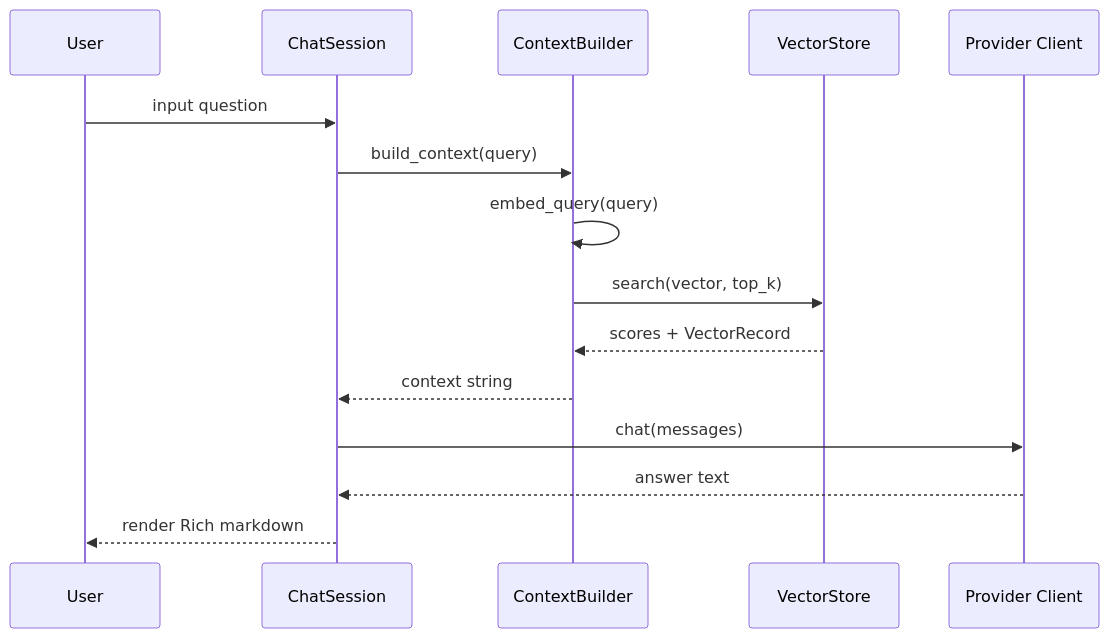
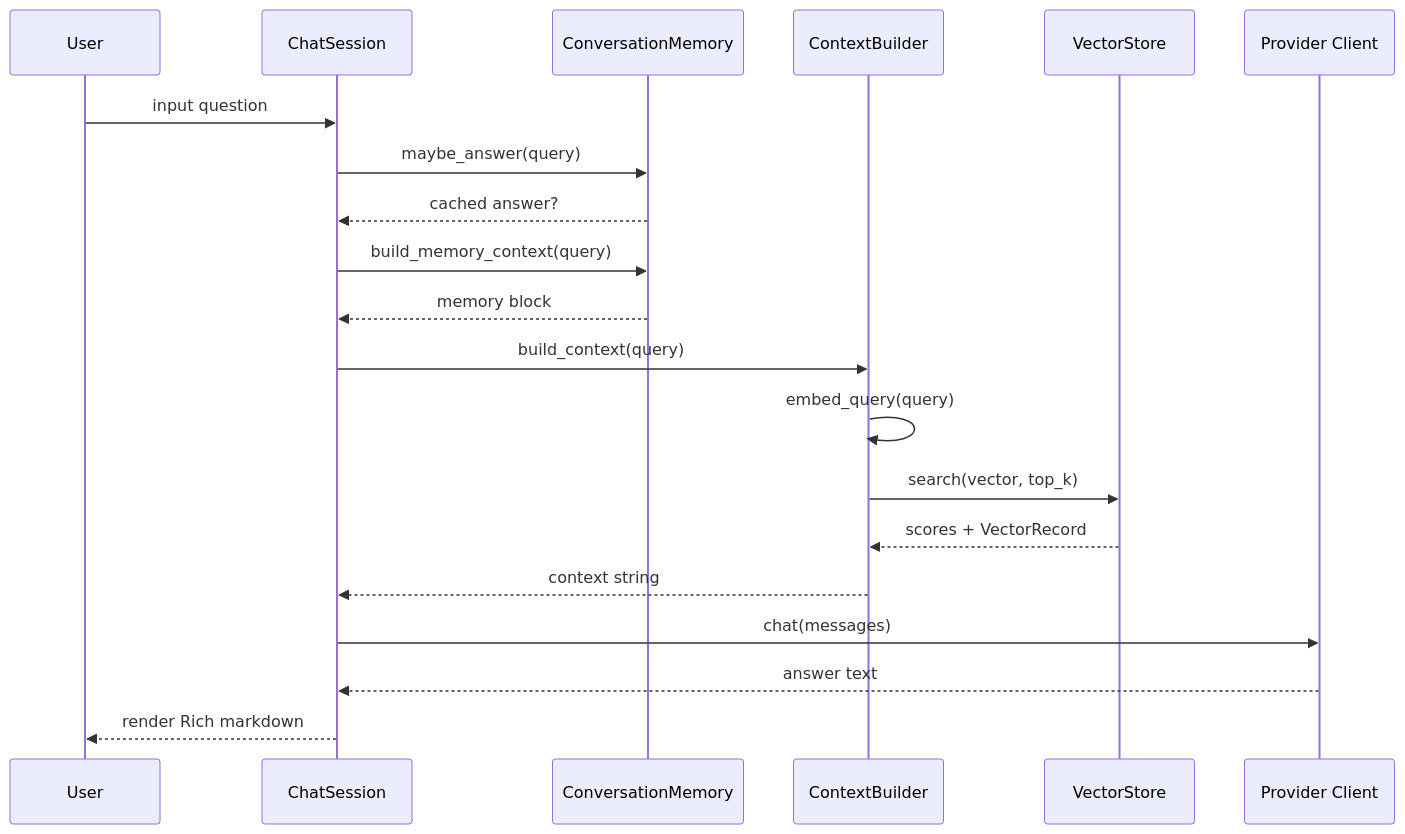
The fourth of 4 diagrams in docs/architecture.md (CagriCatik/Contextus), drawn with Mermaid before and after one commit. The commit also changed other lines of this file and 11 other files, not shown here.

````diff
--- a/docs/architecture.md
+++ b/docs/architecture.md
@@ -147,18 +171,23 @@
 ```mermaid
 sequenceDiagram
     participant User
     participant Chat as ChatSession
+    participant Memory as ConversationMemory
     participant Ctx as ContextBuilder
     participant Store as VectorStore
     participant Model as Provider Client
 
     User->>Chat: input question
+    Chat->>Memory: maybe_answer(query)
+    Memory-->>Chat: cached answer?
+    Chat->>Memory: build_memory_context(query)
+    Memory-->>Chat: memory block
     Chat->>Ctx: build_context(query)
     Ctx->>Ctx: embed_query(query)
     Ctx->>Store: search(vector, top_k)
     Store-->>Ctx: scores + VectorRecord
     Ctx-->>Chat: context string
     Chat->>Model: chat(messages)
     Model-->>Chat: answer text
     Chat-->>User: render Rich markdown
 ```
````
